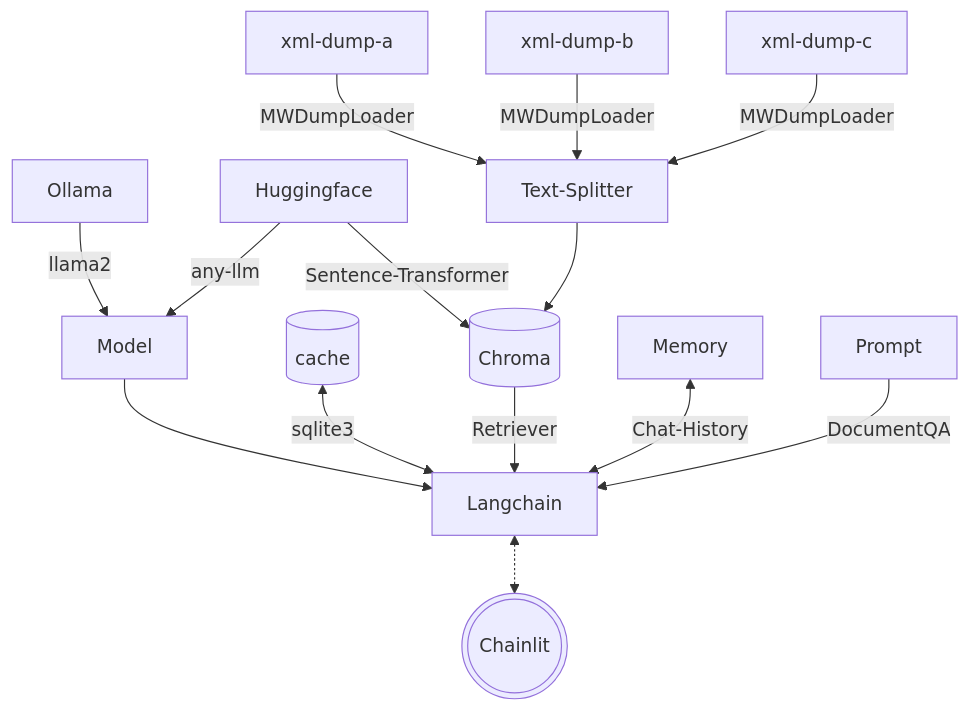
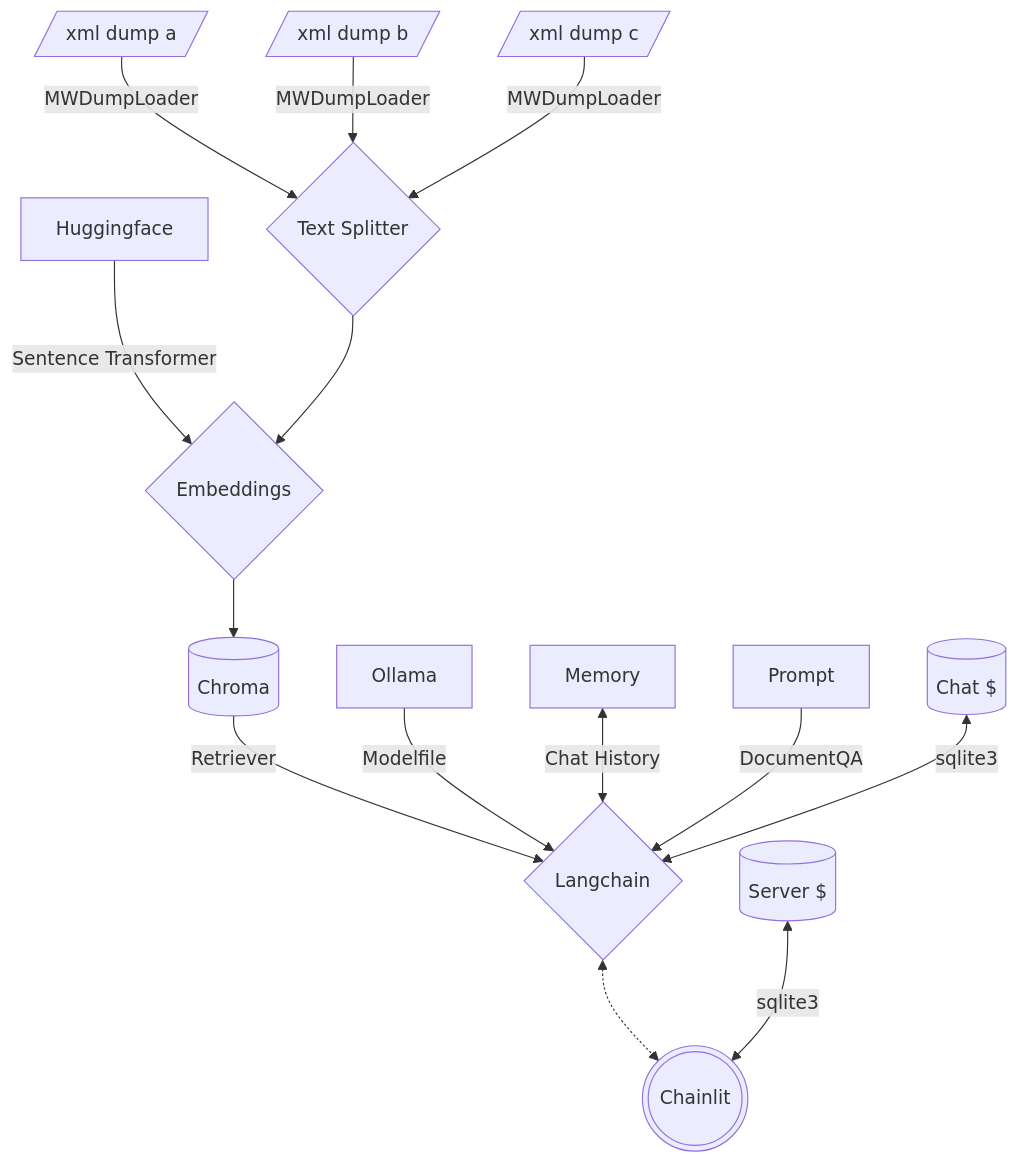
One commit to tylertitsworth/multi-mediawiki-rag changed the diagram in README.md. Above: the diagram before and after it, drawn with Mermaid. The commit also changed other lines of this file and 4 other files, not shown here.

Commit message:
add modelfile and update container for huggingface spaces

````diff
--- a/README.md
+++ b/README.md
@@ -25,21 +26,22 @@
 ```mermaid
 graph TD;
-    Huggingface --Sentence-Transformer --> db
-    Ollama --llama2--> Model --> Langchain
-    Huggingface --any-llm--> Model
-    cache[(cache)] <--sqlite3--> Langchain
-    xml-dump-a --MWDumpLoader--> Text-Splitter
-    xml-dump-b --MWDumpLoader--> Text-Splitter
-    xml-dump-c --MWDumpLoader--> Text-Splitter
-    Text-Splitter --> db
-    db[(Chroma)] --Retriever--> Langchain
-    Memory <--Chat-History--> Langchain
-    Prompt --DocumentQA--> Langchain
-    Langchain <-.-> id(((Chainlit)))
+    Huggingface --Sentence Transformer --> emb
+    a[/xml dump a/] --MWDumpLoader--> ts
+    b[/xml dump b/] --MWDumpLoader--> ts
+    c[/xml dump c/] --MWDumpLoader--> ts
+    ts{Text Splitter} --> emb{Embeddings} --> db
+    db[(Chroma)] --Retriever--> lc
+    Ollama --Modelfile--> lc
+    Memory <--Chat History--> lc
+    Prompt --DocumentQA--> lc
+    lc{Langchain} <-.-> cl(((Chainlit)))
+    cache1[(Chat $)] <--sqlite3--> lc
+    cache2[(Server $)] <--sqlite3--> cl
     click db href "https://github.com/chroma-core/chroma"
     click Huggingface href "https://huggingface.co/"
-    click id href "https://github.com/Chainlit/chainlit"
-    click Langchain href "https://github.com/langchain-ai/langchain"
+    click cl href "https://github.com/Chainlit/chainlit"
+    click lc href "https://github.com/langchain-ai/langchain"
     click Ollama href "https://github.com/jmorganca/ollama"
-    click sqlite3 href "https://www.sqlite.org/index.html"
+    click cache1 href "https://www.sqlite.org/index.html"
+    click cache2 href "https://www.sqlite.org/index.html"
 ```
````
